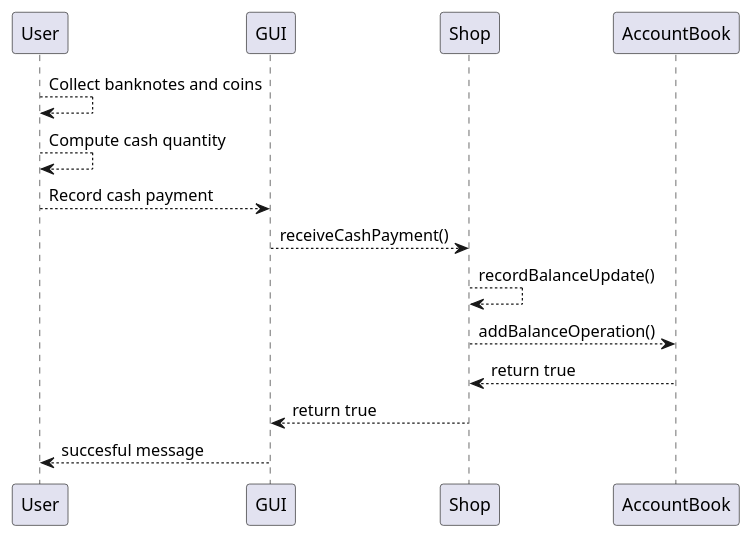
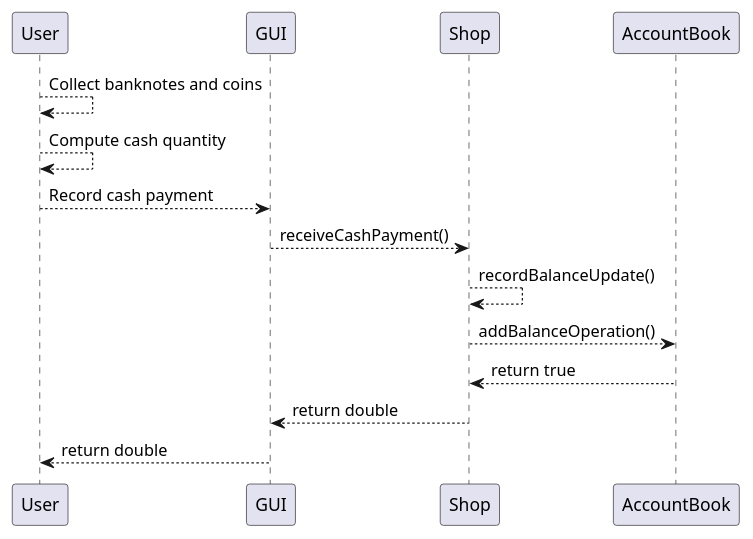
One commit to Stormz4/group20-EzShop changed diagram 14 of 19 in Deliverables/DesignDocument.md. Above: the diagram before and after it, drawn with PlantUML. The commit also changed other lines of this file, not shown here.

Commit message:
Doc: fixed sequence and class diagram

````diff
--- a/Deliverables/DesignDocument.md
+++ b/Deliverables/DesignDocument.md
@@ -508,13 +510,13 @@
 ```plantuml
 @startuml
 User --> User: Collect banknotes and coins
 User --> User: Compute cash quantity
 User --> GUI: Record cash payment
 GUI --> Shop: receiveCashPayment()
 Shop --> Shop: recordBalanceUpdate()
 Shop --> AccountBook: addBalanceOperation()
 AccountBook --> Shop: return true
-Shop --> GUI: return true
-GUI --> User: succesful message
+Shop --> GUI: return double
+GUI --> User: return double
 @enduml
 ```
````
